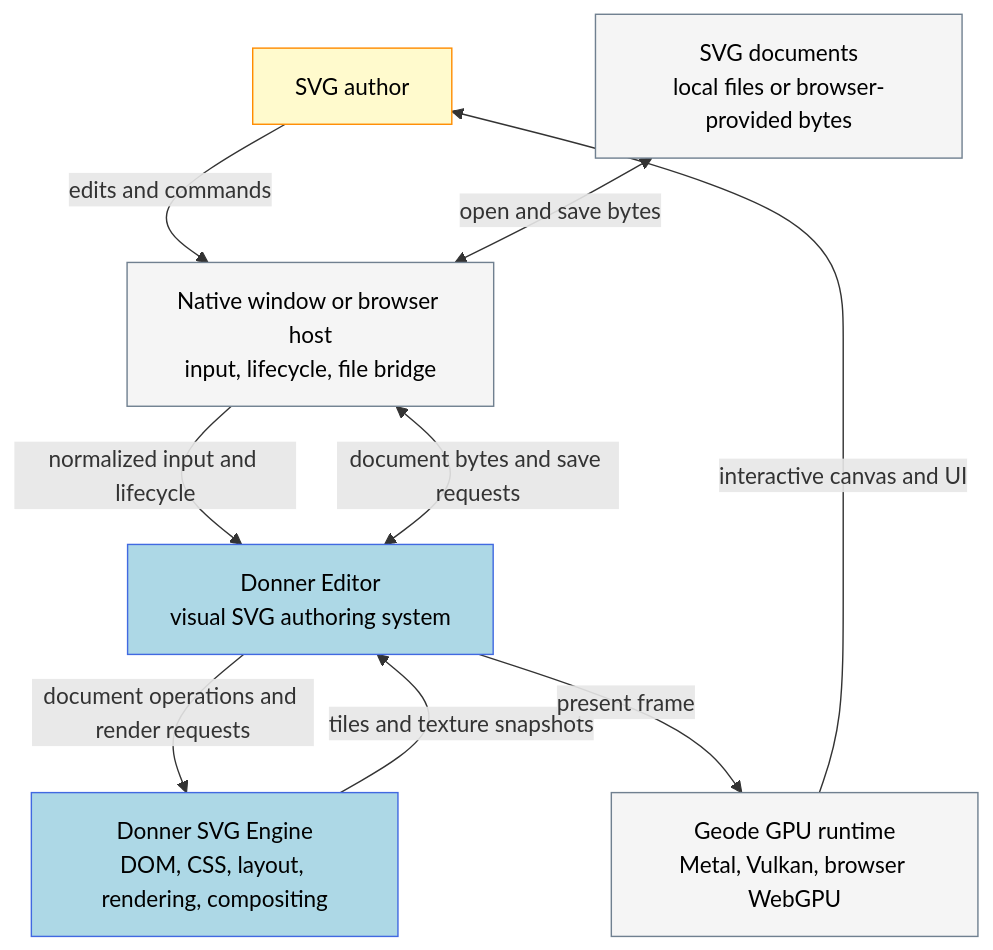
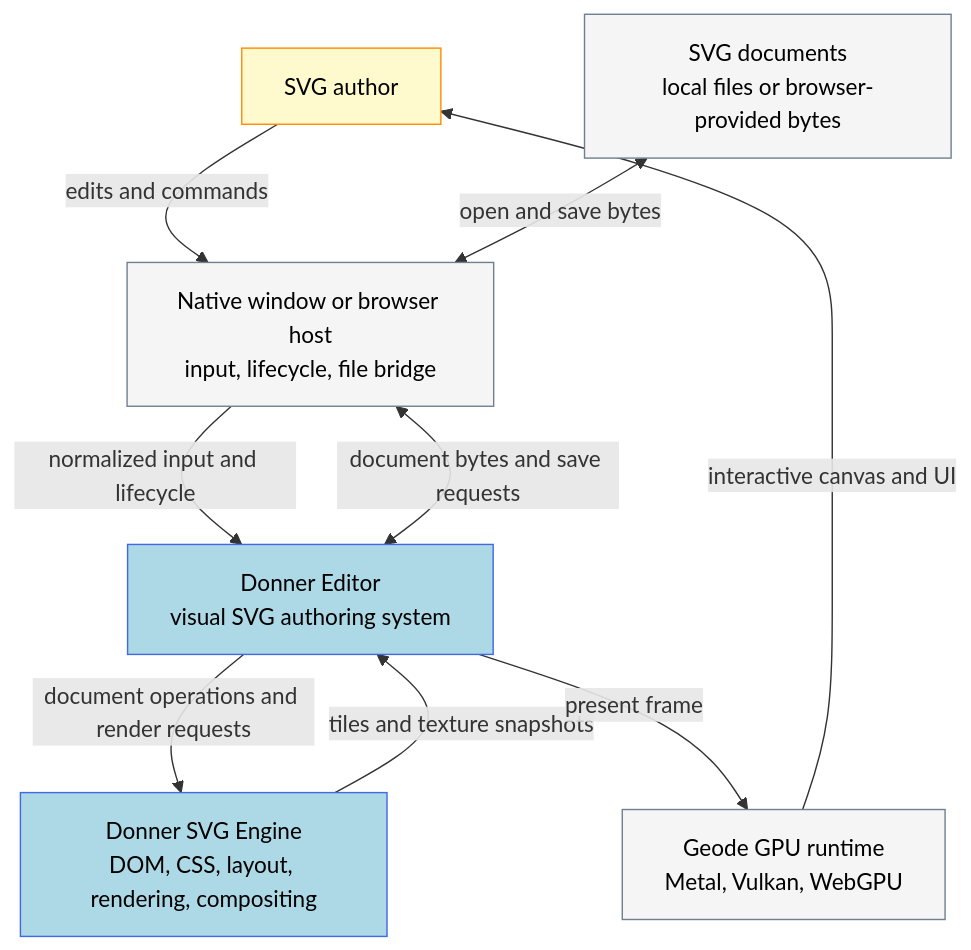
One commit to jwmcglynn/donner changed the first of 5 diagrams in docs/editor_architecture.md. Above: the diagram before and after it, drawn with Mermaid. The commit also changed other lines of this file and 2 other files, not shown here.

Commit message:
Keep concise API snippets and align v0.8 GPU wording

````diff
--- a/docs/editor_architecture.md
+++ b/docs/editor_architecture.md
@@ -56,25 +56,25 @@
 ```mermaid
 flowchart TB
   author["SVG author"]
   files["SVG documents<br/>local files or browser-provided bytes"]
   host["Native window or browser host<br/>input, lifecycle, file bridge"]
   editor["Donner Editor<br/>visual SVG authoring system"]
   engine["Donner SVG Engine<br/>DOM, CSS, layout, rendering, compositing"]
-  graphics["Geode GPU runtime<br/>Metal, Vulkan, browser WebGPU"]
+  graphics["Geode GPU runtime<br/>Metal, Vulkan, WebGPU"]
 
   author -->|"edits and commands"| host
   files <-->|"open and save bytes"| host
   host -->|"normalized input and lifecycle"| editor
   host <-->|"document bytes and save requests"| editor
   editor -->|"document operations and render requests"| engine
   engine -->|"tiles and texture snapshots"| editor
   editor -->|"present frame"| graphics
   graphics -->|"interactive canvas and UI"| author
 
   classDef person fill:lemonchiffon,stroke:darkorange,color:black
   classDef system fill:lightblue,stroke:royalblue,color:black
   classDef external fill:whitesmoke,stroke:slategray,color:black
   class author person
   class editor,engine system
   class files,host,graphics external
 ```
````
